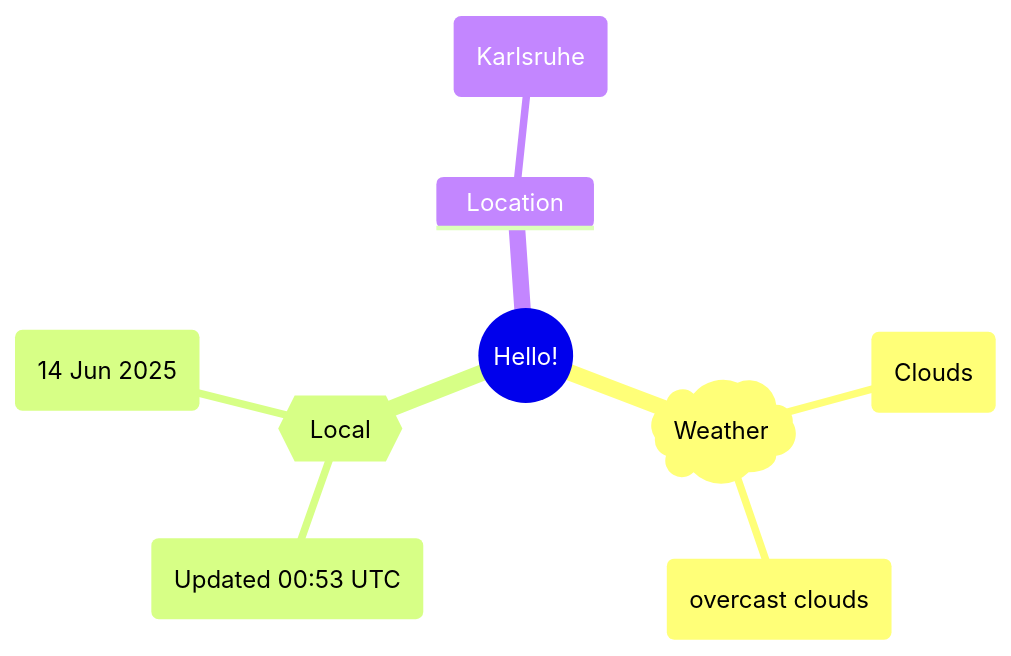
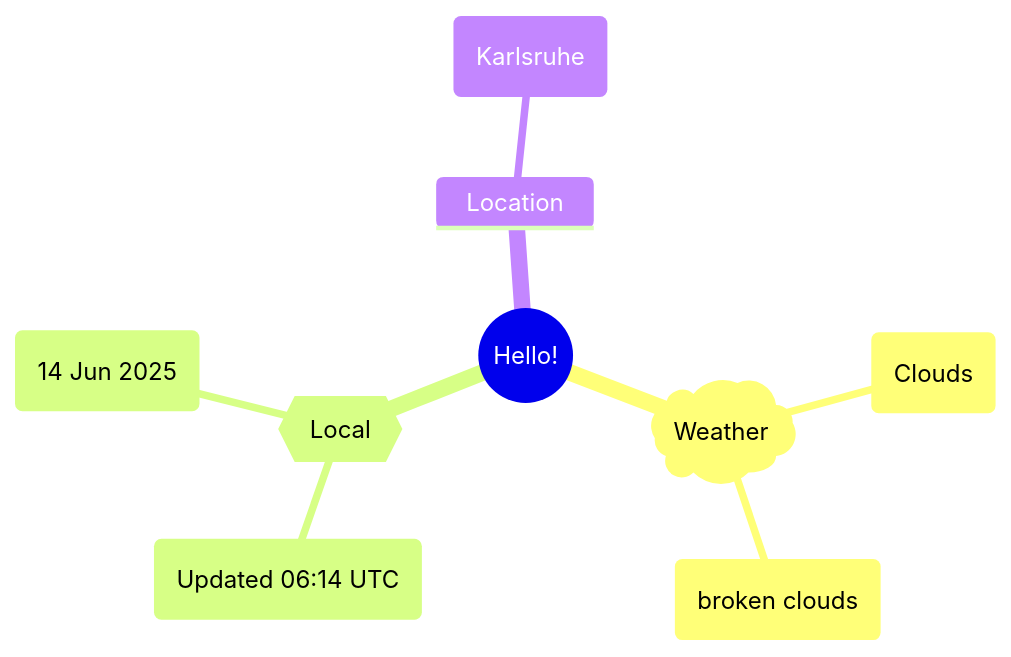
One commit to Xosrov/Xosrov changed the first of 2 diagrams in README.md. Above: the diagram before and after it, drawn with Mermaid.

Commit message:
[bot] updated images

````diff
--- a/README.md
+++ b/README.md
@@ -3,12 +3,12 @@
 ```mermaid
 mindmap
   root((Hello!))
     )Weather(
         (Clouds)
-        (overcast clouds)
+        (broken clouds)
     {{Local}}
-        (Updated 00:53 UTC)
+        (Updated 06:14 UTC)
         (14 Jun 2025)
     Location
         (Karlsruhe)
 ```
````
